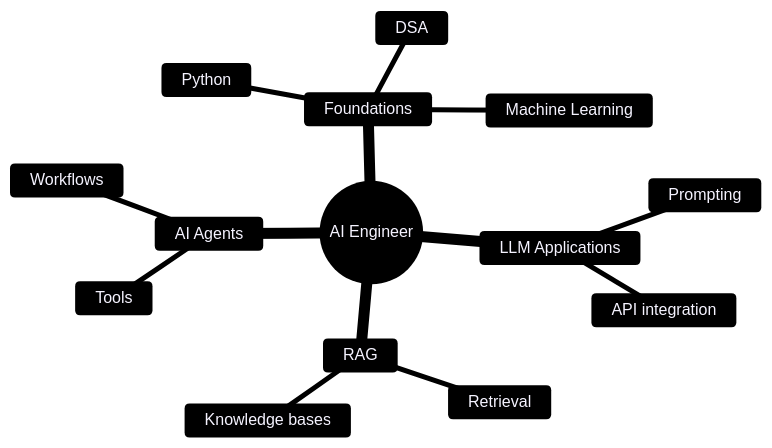
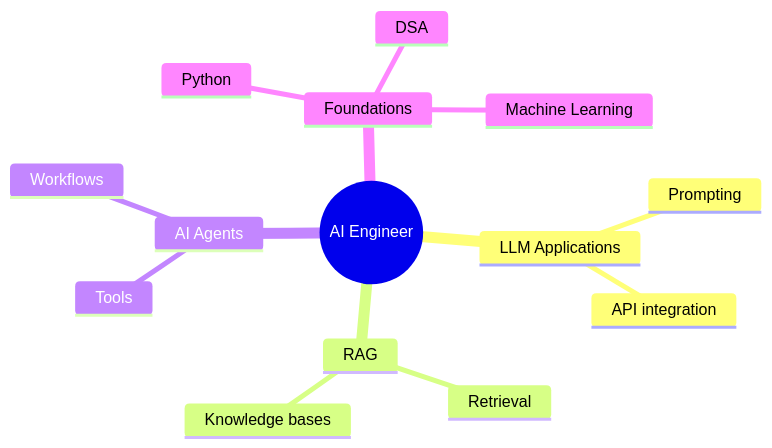
One commit to amiiiiiitz/amiiiiiitz changed the first of 3 diagrams in README.md. Above: the diagram before and after it, drawn with Mermaid. The commit also changed other lines of this file, not shown here.

````diff
--- a/README.md
+++ b/README.md
@@ -139,18 +135,17 @@
 ```mermaid
-%%{init: {'theme':'base','themeVariables':{'primaryColor':'#211638','primaryTextColor':'#F5F3FF','primaryBorderColor':'#A78BFA','lineColor':'#67E8F9'}}}%%
 mindmap
   root((AI Engineer))
     LLM Applications
       Prompting
       API integration
     RAG
       Retrieval
       Knowledge bases
     AI Agents
       Tools
       Workflows
     Foundations
       Python
       DSA
       Machine Learning
 ```
````
